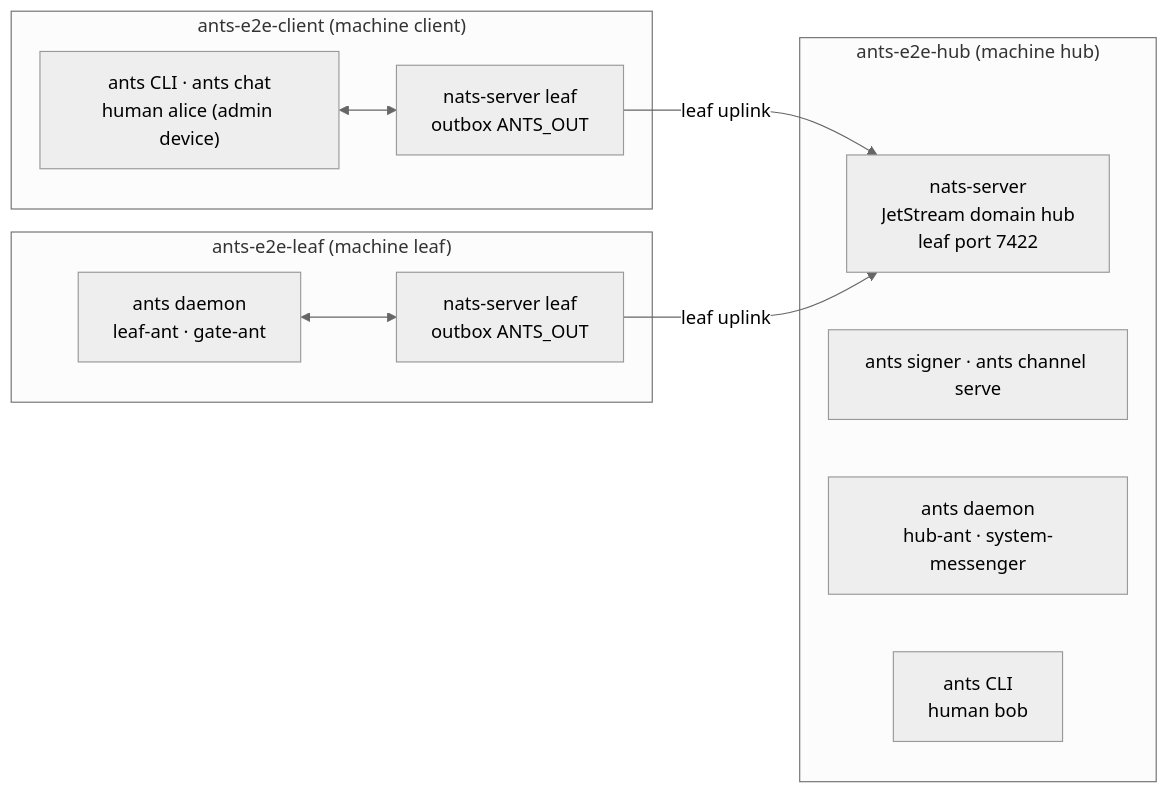
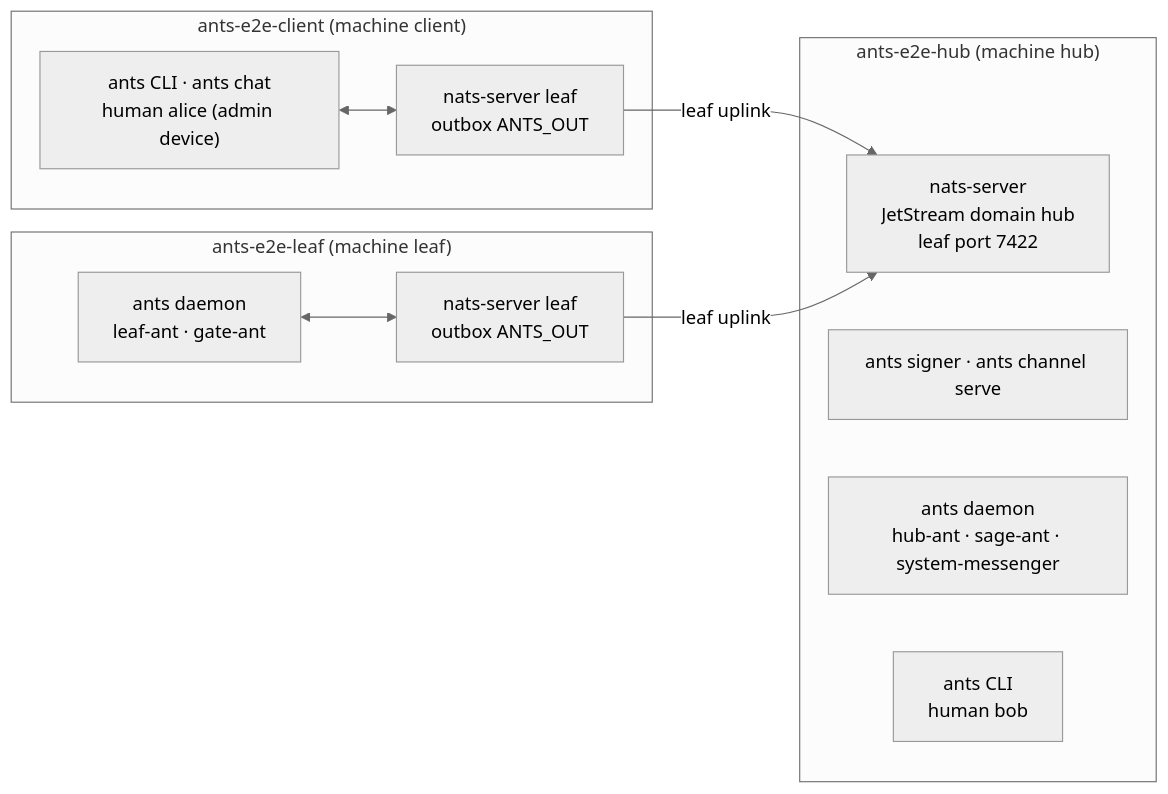
One commit to quanghle/ants changed the diagram in docs/e2e-scenarios.md. Above: the diagram before and after it, drawn with Mermaid (neutral theme). The commit also changed other lines of this file and 25 other files, not shown here.

First line of the commit message:
E2E group D: dreams and sage reviews, as a slow class; sage-ant on the hub (ants-rjj5k.6)

````diff
--- a/docs/e2e-scenarios.md
+++ b/docs/e2e-scenarios.md
@@ -20,21 +21,21 @@
 ```mermaid
 flowchart LR
     subgraph client["ants-e2e-client (machine client)"]
         cli["ants CLI · ants chat<br/>human alice (admin device)"]
         cleaf["nats-server leaf<br/>outbox ANTS_OUT"]
         cli <--> cleaf
     end
     subgraph hub["ants-e2e-hub (machine hub)"]
         hnats["nats-server<br/>JetStream domain hub<br/>leaf port 7422"]
         hsvc["ants signer · ants channel serve"]
-        hd["ants daemon<br/>hub-ant · system-messenger"]
+        hd["ants daemon<br/>hub-ant · sage-ant · system-messenger"]
         bob["ants CLI<br/>human bob"]
     end
     subgraph leaf["ants-e2e-leaf (machine leaf)"]
         ld["ants daemon<br/>leaf-ant · gate-ant"]
         lleaf["nats-server leaf<br/>outbox ANTS_OUT"]
         ld <--> lleaf
     end
     cleaf -->|"leaf uplink"| hnats
     lleaf -->|"leaf uplink"| hnats
 ```
````
